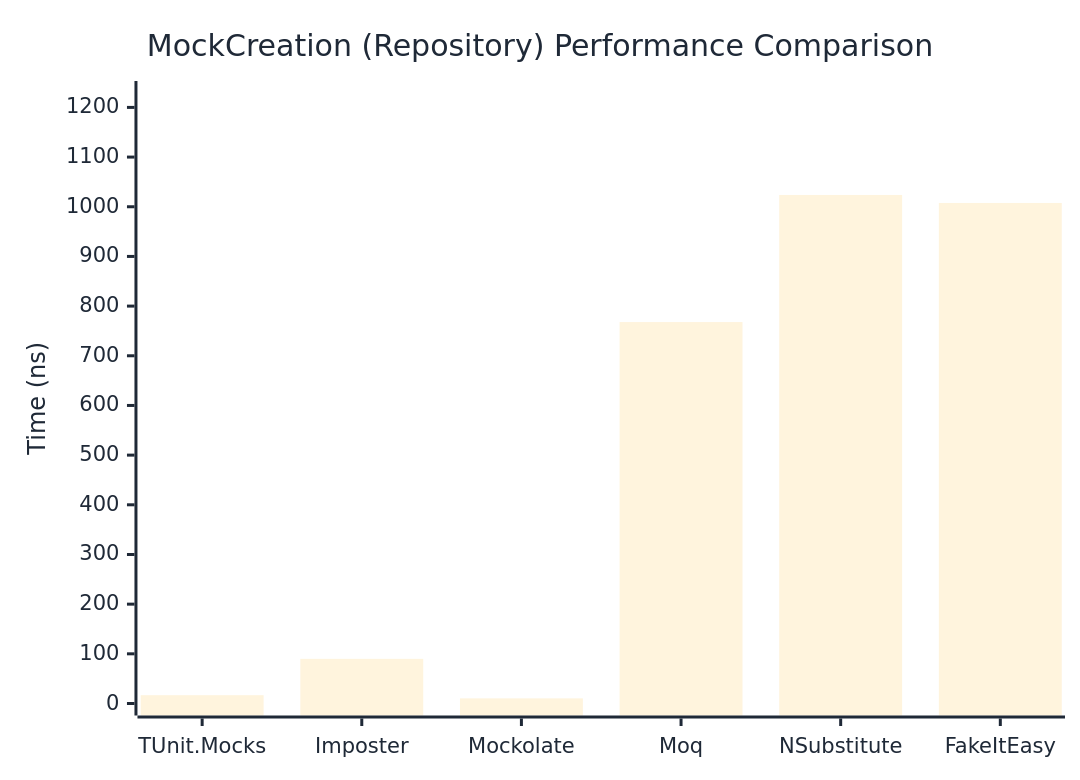
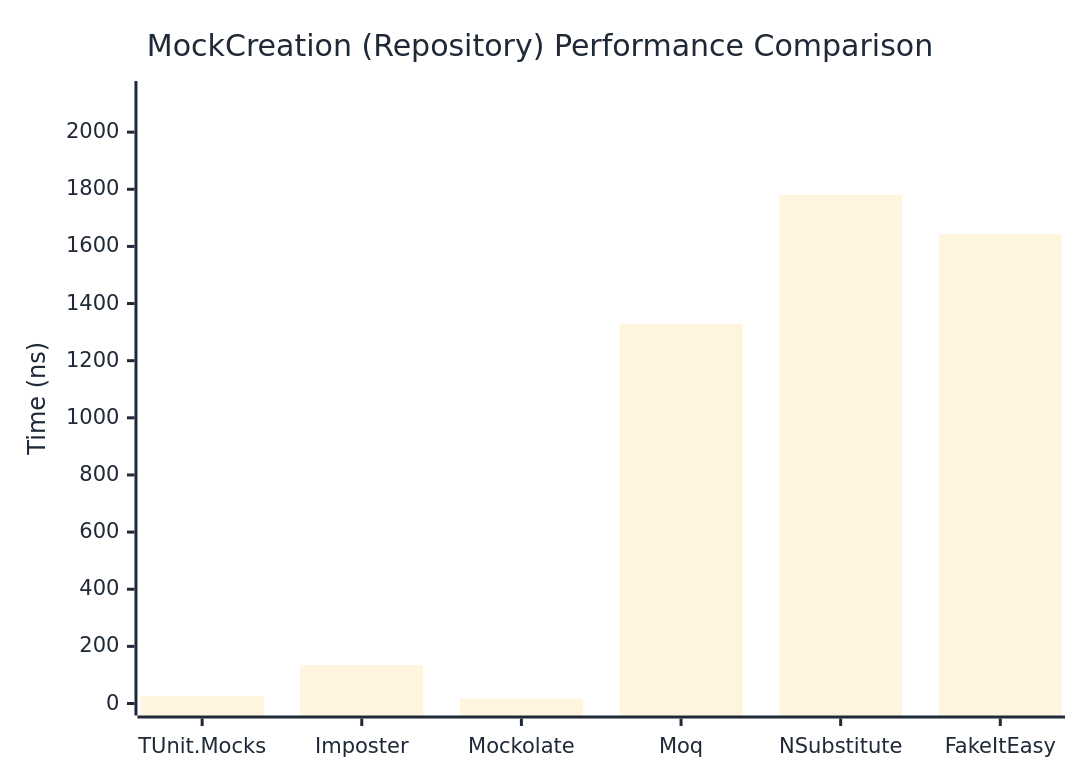
One commit to thomhurst/TUnit changed the second of 2 diagrams in docs/docs/benchmarks/mocks/MockCreation.md. Above: the diagram before and after it, drawn with Mermaid. The commit also changed other lines of this file and 14 other files, not shown here.

````diff
--- a/docs/docs/benchmarks/mocks/MockCreation.md
+++ b/docs/docs/benchmarks/mocks/MockCreation.md
@@ -71,27 +71,27 @@
 ```mermaid
 %%{init: {
   'theme':'base',
   'themeVariables': {
     'primaryColor': '#2563eb',
     'primaryTextColor': '#1f2937',
     'primaryBorderColor': '#1e40af',
     'lineColor': '#6b7280',
     'secondaryColor': '#7c3aed',
     'tertiaryColor': '#dc2626',
     'background': '#ffffff',
     'pie1': '#2563eb',
     'pie2': '#7c3aed',
     'pie3': '#dc2626',
     'pie4': '#f59e0b',
     'pie5': '#10b981',
     'pie6': '#06b6d4',
     'pie7': '#ec4899',
     'pie8': '#6366f1'
   }
 }}%%
 xychart-beta
   title "MockCreation (Repository) Performance Comparison"
   x-axis ["TUnit.Mocks", "Imposter", "Mockolate", "Moq", "NSubstitute", "FakeItEasy"]
-  y-axis "Time (ns)" 0 --> 1229
-  bar [16.732, 89.863, 10.321, 767.825, 1023.728, 1007.63]
+  y-axis "Time (ns)" 0 --> 2137
+  bar [26.34, 134.26, 16.98, 1329.92, 1780.26, 1643]
 ```
````
